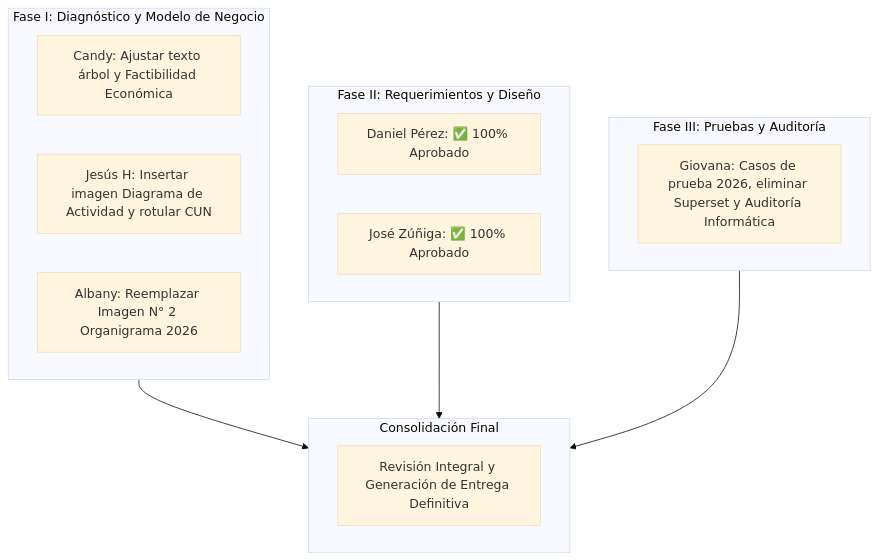
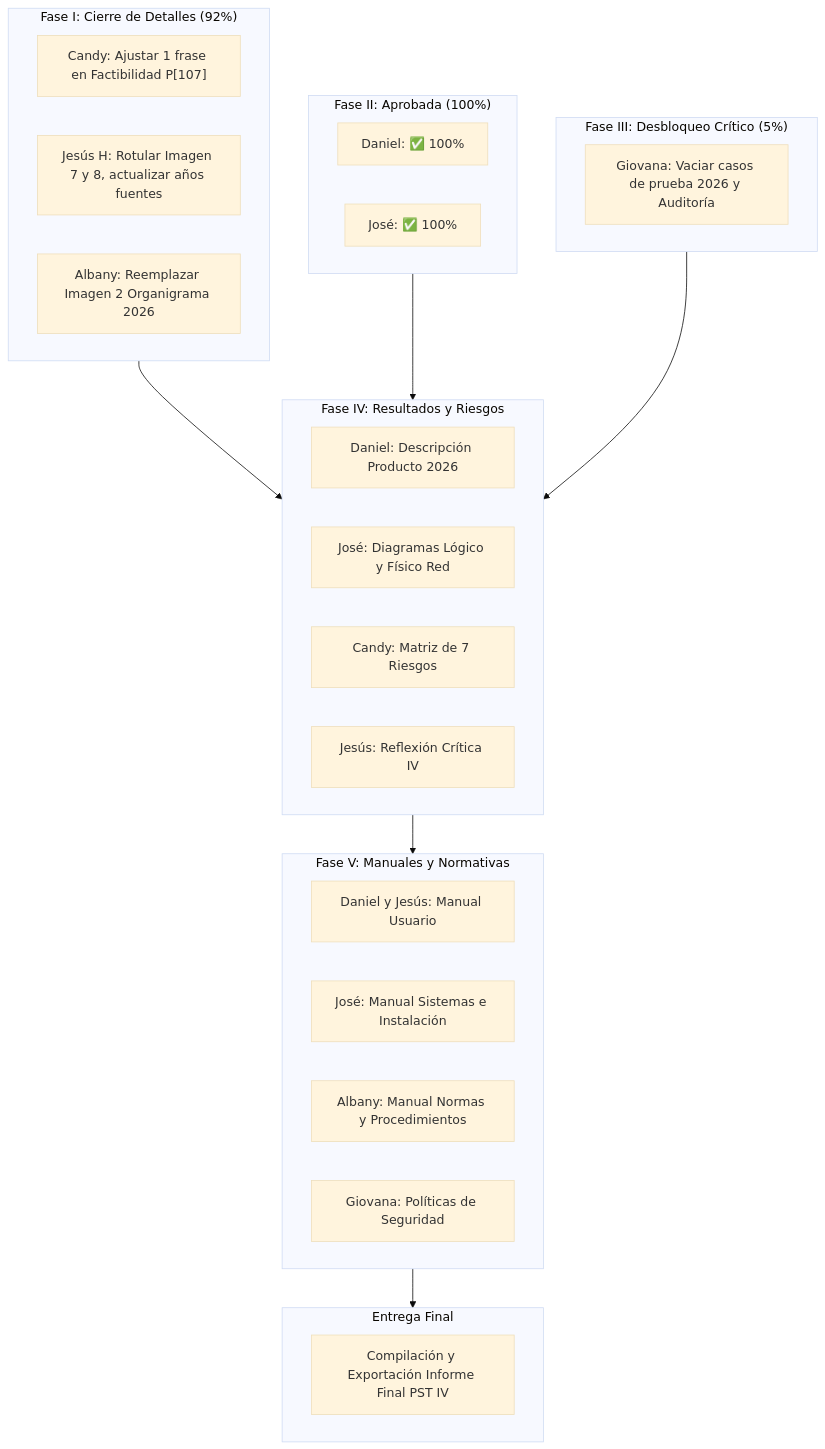
One commit to jesusalbujas/CONTROL-PST changed the diagram in docs/proyectos/pst-4-plan-de-trabajo.md. Above: the diagram before and after it, drawn with Mermaid (base theme). The commit also changed other lines of this file, not shown here.

````diff
--- a/docs/proyectos/pst-4-plan-de-trabajo.md
+++ b/docs/proyectos/pst-4-plan-de-trabajo.md
@@ -194,25 +267,41 @@
 ```mermaid
 flowchart TD
-    subgraph Fase_I ["Fase I: Diagnóstico y Modelo de Negocio"]
-        C1["Candy: Ajustar texto árbol y Factibilidad Económica"]
-        J1["Jesús H: Insertar imagen Diagrama de Actividad y rotular CUN"]
-        A1["Albany: Reemplazar Imagen N° 2 Organigrama 2026"]
+    subgraph Fase_I ["Fase I: Cierre de Detalles (92%)"]
+        C1["Candy: Ajustar 1 frase en Factibilidad P[107]"]
+        J1["Jesús H: Rotular Imagen 7 y 8, actualizar años fuentes"]
+        A1["Albany: Reemplazar Imagen 2 Organigrama 2026"]
     end
 
-    subgraph Fase_II ["Fase II: Requerimientos y Diseño"]
-        D1["Daniel Pérez: ✅ 100% Aprobado"]
-        Z1["José Zúñiga: ✅ 100% Aprobado"]
+    subgraph Fase_II ["Fase II: Aprobada (100%)"]
+        D1["Daniel: ✅ 100%"]
+        Z1["José: ✅ 100%"]
     end
 
-    subgraph Fase_III ["Fase III: Pruebas y Auditoría"]
-        G1["Giovana: Casos de prueba 2026, eliminar Superset y Auditoría Informática"]
+    subgraph Fase_III ["Fase III: Desbloqueo Crítico (5%)"]
+        G1["Giovana: Vaciar casos de prueba 2026 y Auditoría"]
     end
 
-    subgraph Cierre ["Consolidación Final"]
-        REV["Revisión Integral y Generación de Entrega Definitiva"]
+    subgraph Fase_IV ["Fase IV: Resultados y Riesgos"]
+        D4["Daniel: Descripción Producto 2026"]
+        Z4["José: Diagramas Lógico y Físico Red"]
+        C4["Candy: Matriz de 7 Riesgos"]
+        J4["Jesús: Reflexión Crítica IV"]
     end
 
-    Fase_I --> Cierre
-    Fase_II --> Cierre
-    Fase_III --> Cierre
+    subgraph Fase_V ["Fase V: Manuales y Normativas"]
+        M1["Daniel y Jesús: Manual Usuario"]
+        M2["José: Manual Sistemas e Instalación"]
+        M3["Albany: Manual Normas y Procedimientos"]
+        M4["Giovana: Políticas de Seguridad"]
+    end
+
+    subgraph Cierre ["Entrega Final"]
+        PDF["Compilación y Exportación Informe Final PST IV"]
+    end
+
+    Fase_I --> Fase_IV
+    Fase_II --> Fase_IV
+    Fase_III --> Fase_IV
+    Fase_IV --> Fase_V
+    Fase_V --> Cierre
 ```
````
